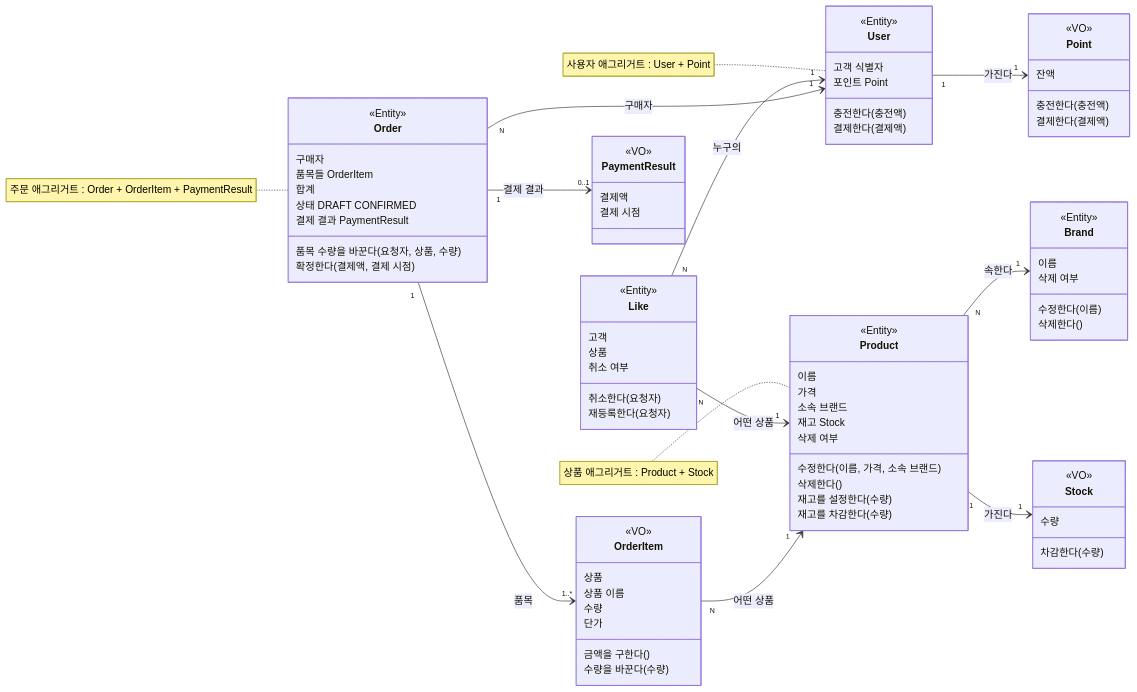
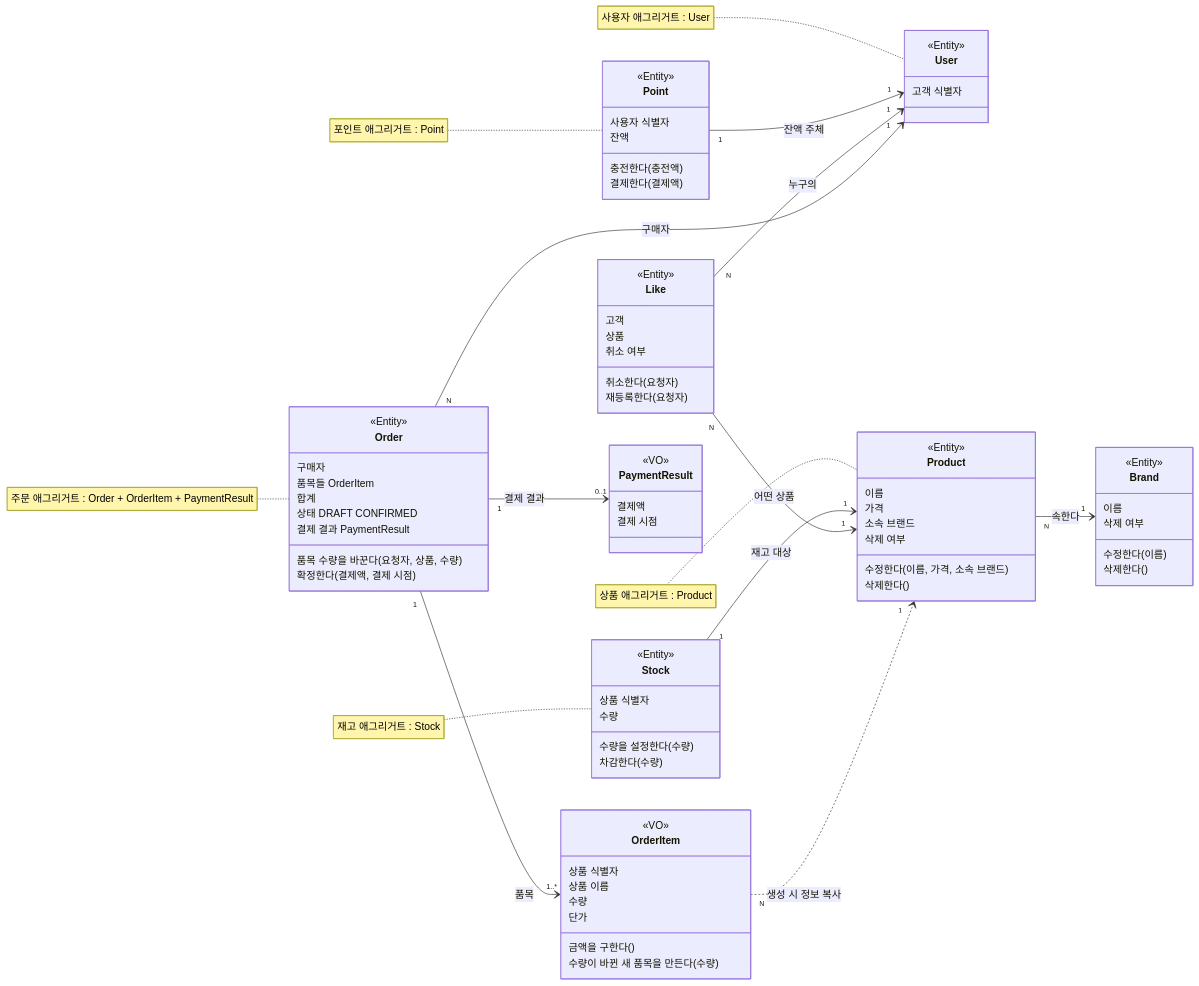
One commit to jeongye01/loop-pack-be-l2-vol5-java changed the first of 2 diagrams in docs/week2/domain-relations.md. Above: the diagram before and after it, drawn with Mermaid. The commit also changed other lines of this file and 95 other files, not shown here.

````diff
--- a/docs/week2/domain-relations.md
+++ b/docs/week2/domain-relations.md
@@ -13,12 +17,10 @@
     class User {
         <<Entity>>
         고객 식별자
-        포인트 Point
-        충전한다(충전액)
-        결제한다(결제액)
     }
     class Point {
-        <<VO>>
+        <<Entity>>
+        사용자 식별자
         잔액
         충전한다(충전액)
         결제한다(결제액)
@@ -35,16 +37,15 @@
         이름
         가격
         소속 브랜드
-        재고 Stock
         삭제 여부
         수정한다(이름, 가격, 소속 브랜드)
         삭제한다()
-        재고를 설정한다(수량)
-        재고를 차감한다(수량)
     }
     class Stock {
-        <<VO>>
+        <<Entity>>
+        상품 식별자
         수량
+        수량을 설정한다(수량)
         차감한다(수량)
     }
     class Like {
@@ -67,12 +68,12 @@
     }
     class OrderItem {
         <<VO>>
-        상품
+        상품 식별자
         상품 이름
         수량
         단가
         금액을 구한다()
-        수량을 바꾼다(수량)
+        수량이 바뀐 새 품목을 만든다(수량)
     }
     class PaymentResult {
         <<VO>>
@@ -80,17 +81,19 @@
         결제 시점
     }
 
-    User "1" --> "1" Point : 가진다
+    Point "1" --> "1" User : 잔액 주체
     Product "N" --> "1" Brand : 속한다
-    Product "1" --> "1" Stock : 가진다
+    Stock "1" --> "1" Product : 재고 대상
     Like "N" --> "1" User : 누구의
     Like "N" --> "1" Product : 어떤 상품
     Order "N" --> "1" User : 구매자
     Order "1" --> "1..*" OrderItem : 품목
     Order "1" --> "0..1" PaymentResult : 결제 결과
-    OrderItem "N" --> "1" Product : 어떤 상품
+    OrderItem "N" ..> "1" Product : 생성 시 정보 복사
 
-    note for User "사용자 애그리거트 : User + Point"
-    note for Product "상품 애그리거트 : Product + Stock"
+    note for User "사용자 애그리거트 : User"
+    note for Point "포인트 애그리거트 : Point"
+    note for Product "상품 애그리거트 : Product"
+    note for Stock "재고 애그리거트 : Stock"
     note for Order "주문 애그리거트 : Order + OrderItem + PaymentResult"
 ```
````
